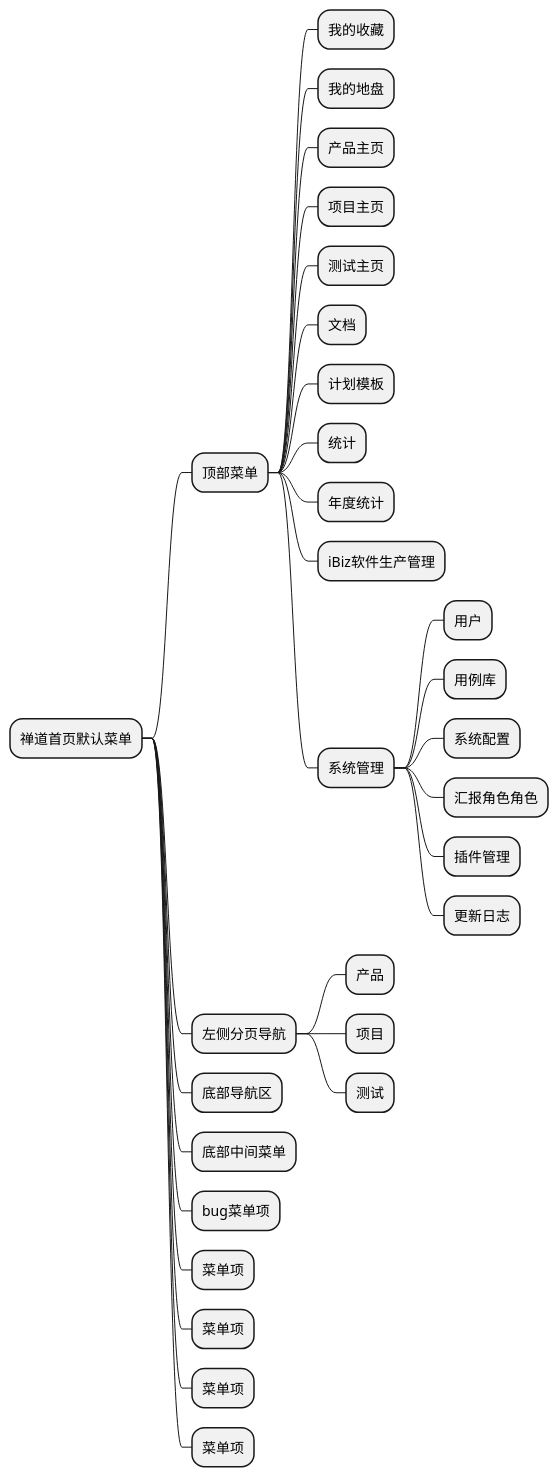
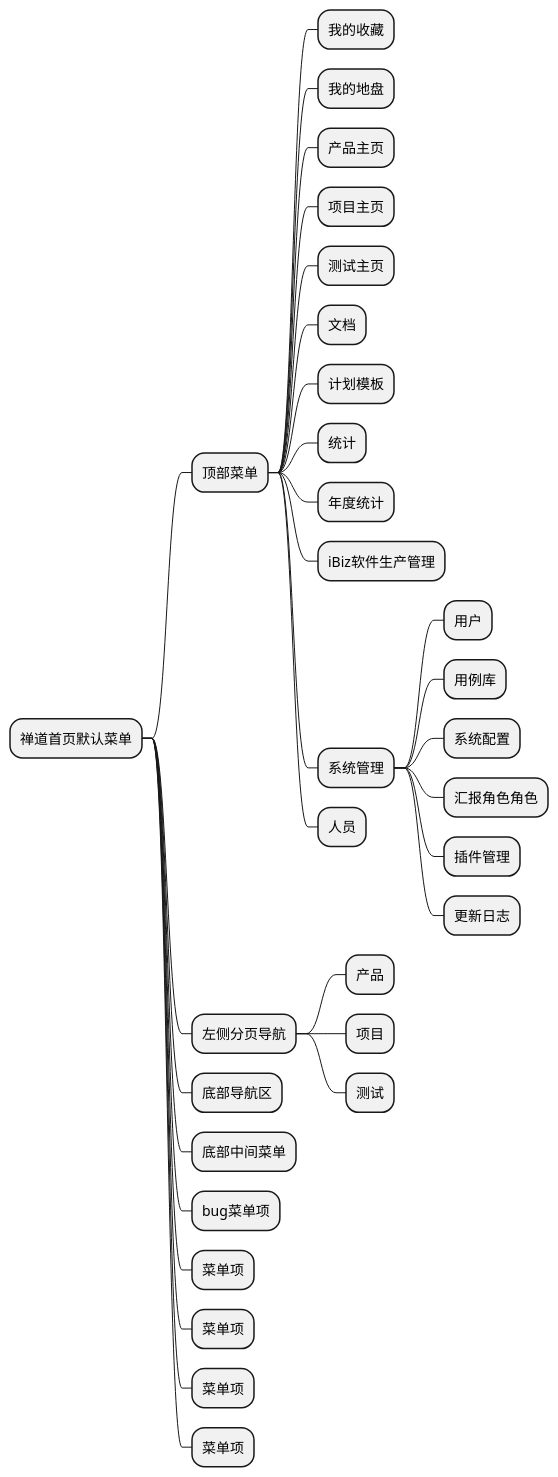
The diagram in ibizpms-docs/src/main/doc/v1/app/web/zentao.md (zj335841911/nt_chandao), drawn with PlantUML before and after one commit. The commit also changed other lines of this file and 36 other files, not shown here.

```diff
--- a/ibizpms-docs/src/main/doc/v1/app/web/zentao.md
+++ b/ibizpms-docs/src/main/doc/v1/app/web/zentao.md
@@ -5,34 +5,35 @@
 {% plantuml %}
 @startmindmap
 * 禅道首页默认菜单
 ** 顶部菜单
 *** 我的收藏
 *** 我的地盘
 *** 产品主页
 *** 项目主页
 *** 测试主页
 *** 文档
 *** 计划模板
 *** 统计
 *** 年度统计
 *** iBiz软件生产管理
 *** 系统管理
 **** 用户
 **** 用例库
 **** 系统配置
 **** 汇报角色角色
 **** 插件管理
 **** 更新日志
+*** 人员
 ** 左侧分页导航
 *** 产品
 *** 项目
 *** 测试
 ** 底部导航区
 ** 底部中间菜单
 ** bug菜单项
 ** 菜单项
 ** 菜单项
 ** 菜单项
 ** 菜单项
 @endmindmap
 {% endplantuml %}
```
